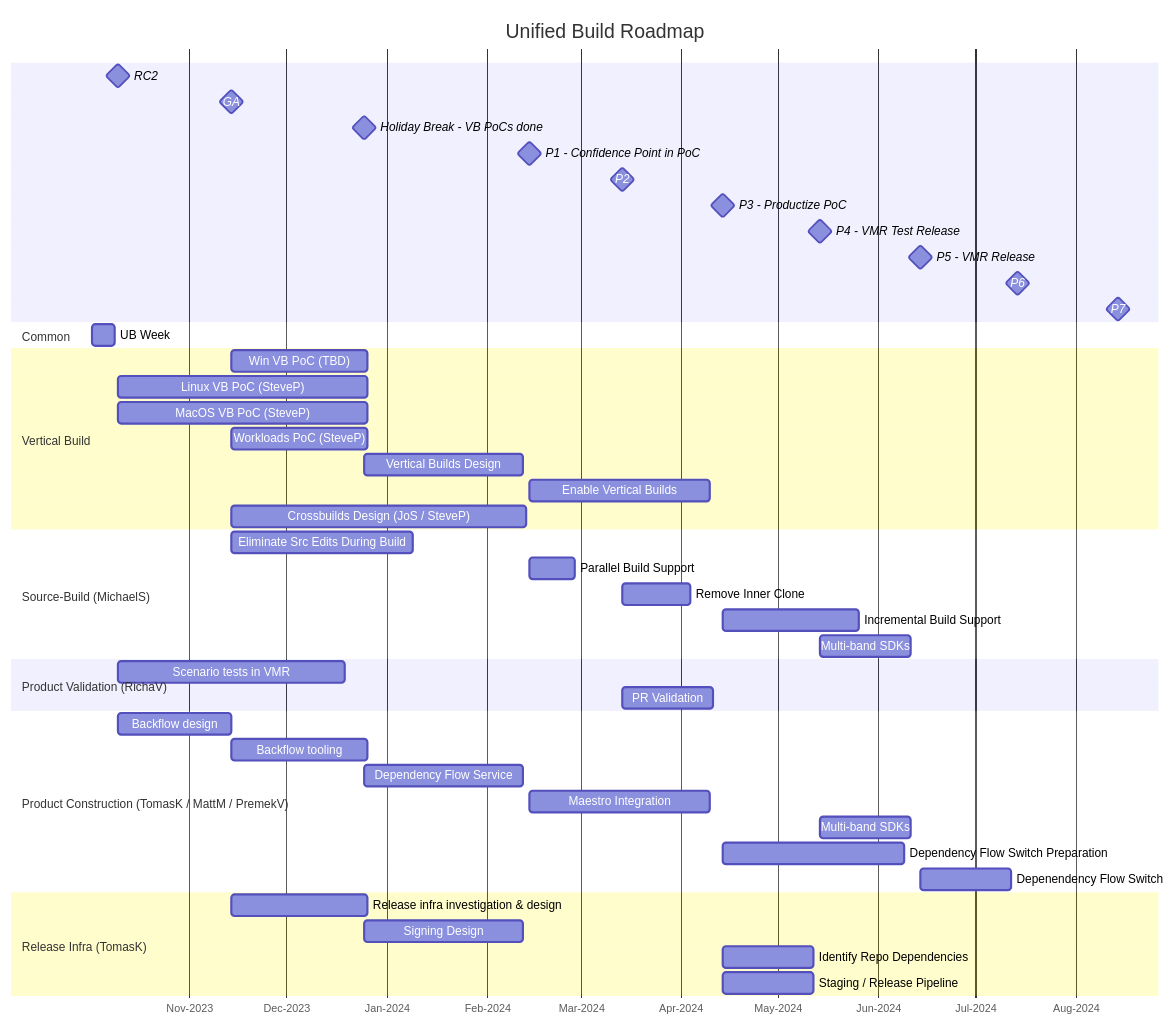
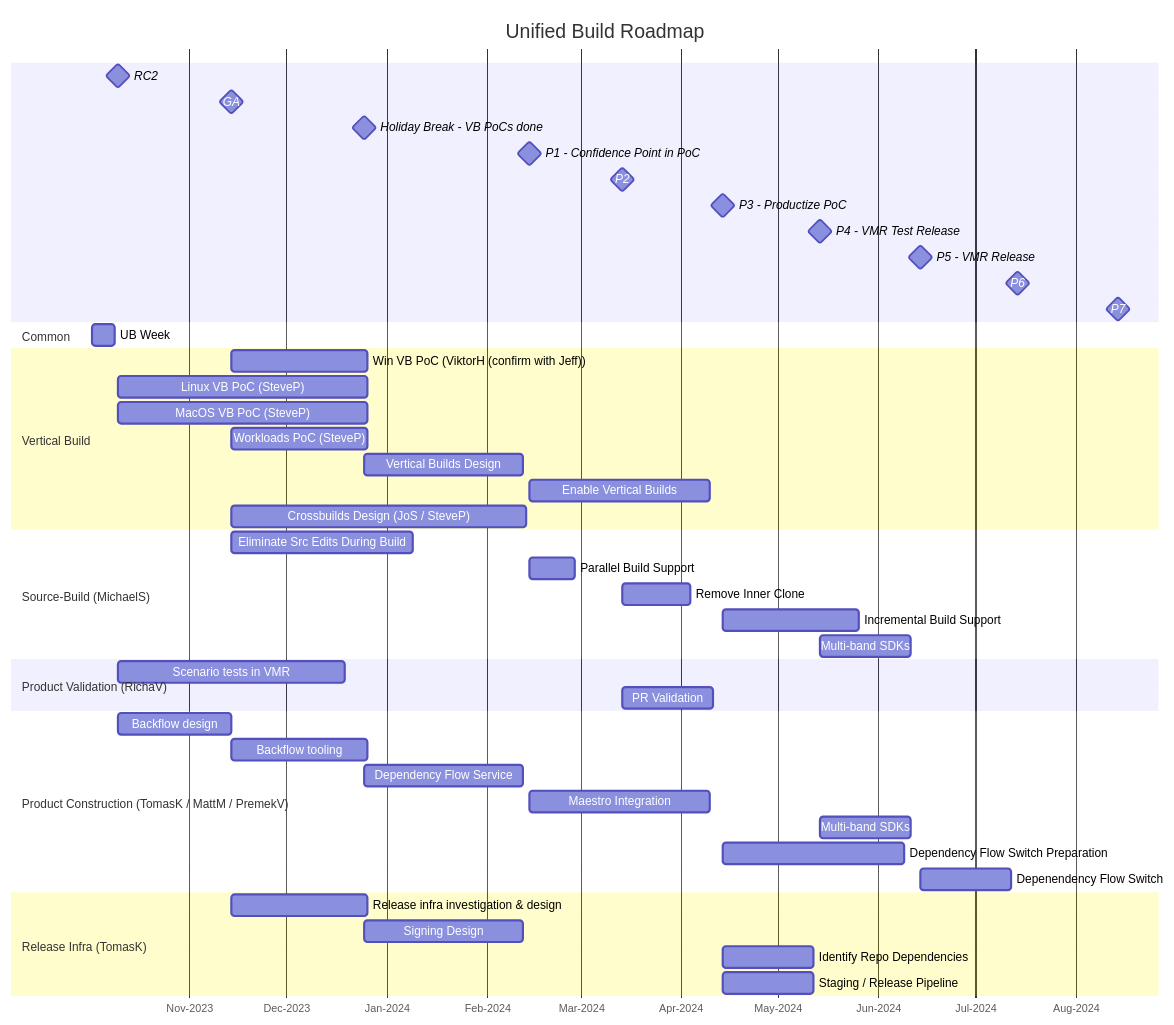
Before and after one commit to dotnet/arcade: the diagram in Documentation/UnifiedBuild/UB-Roadmap.md, drawn with Mermaid.

Commit message:
Update UB-Roadmap.md
Windows PoC ownership

````diff
--- a/Documentation/UnifiedBuild/UB-Roadmap.md
+++ b/Documentation/UnifiedBuild/UB-Roadmap.md
@@ -3,55 +3,55 @@
 ```mermaid
 gantt
     title Unified Build Roadmap
     axisFormat %b-%Y
     RC2: milestone, net8-rc2, 2023-10-10, 0
     GA: milestone, net8-ga, 2023-11-14, 0
     Holiday Break - VB PoCs done: milestone, holiday, 2023-12-25, 0
     %% delta between Holiday and P1 is 7w
     P1 - Confidence Point in PoC: milestone, net9-p1, 2024-02-14, 0
     P2: milestone, net9-p2, 2024-03-14, 0
     P3 - Productize PoC: milestone, net9-p3, 2024-04-14, 0
     P4 - VMR Test Release: milestone, net9-p4, 2024-05-14, 0
     P5 - VMR Release: milestone, net9-p5, 2024-06-14, 0
     P6: milestone, net9-p6, 2024-07-14, 0
     P7: milestone, net9-p7, 2024-08-14, 0
  
     section Common
         UB Week: ub-week, 2023-10-02, 1w
 
     section Vertical Build
-        Win VB PoC (TBD): after net8-ga, 6w
+        Win VB PoC (ViktorH (confirm with Jeff)): after net8-ga, 6w
         Linux VB PoC (SteveP): after net8-rc2, 11w
         MacOS VB PoC (SteveP): after net8-rc2, 11w
         Workloads PoC (SteveP): after net8-ga, 6w
         Vertical Builds Design: after holiday, 7w
         Enable Vertical Builds: after net9-p1, 8w
         Crossbuilds Design (JoS / SteveP): after net8-ga, 13w
 
     section Source-Build (MichaelS)
         Eliminate Src Edits During Build: after net8-ga, 8w
         Parallel Build Support: after net9-p1, 2w
         Remove Inner Clone: after net9-p2, 3w
         Incremental Build Support: after net9-p3, 6w
         Multi-band SDKs: after net9-p4, 4w
 
     section Product Validation (RichaV)
         Scenario tests in VMR: after net8-rc2, 10w
         PR Validation: after net9-p2, 4w
 
     section Product Construction (TomasK / MattM / PremekV)
         Backflow design: after net8-rc2, 5w
         Backflow tooling: after net8-ga, 6w
         Dependency Flow Service: after holiday, 7w
         Maestro Integration: after net9-p1, 8w
 
         Multi-band SDKs: after net9-p4, 4w
         Dependency Flow Switch Preparation: after net9-p3, 8w
         Depenendency Flow Switch: after net9-p5, 4w
 
     section Release Infra (TomasK)
         Release infra investigation & design: after net8-ga, 6w
         Signing Design: after holiday, 7w
         Identify Repo Dependencies: after net9-p3, 4w
         Staging / Release Pipeline: after net9-p3, 4w
 ```
````
